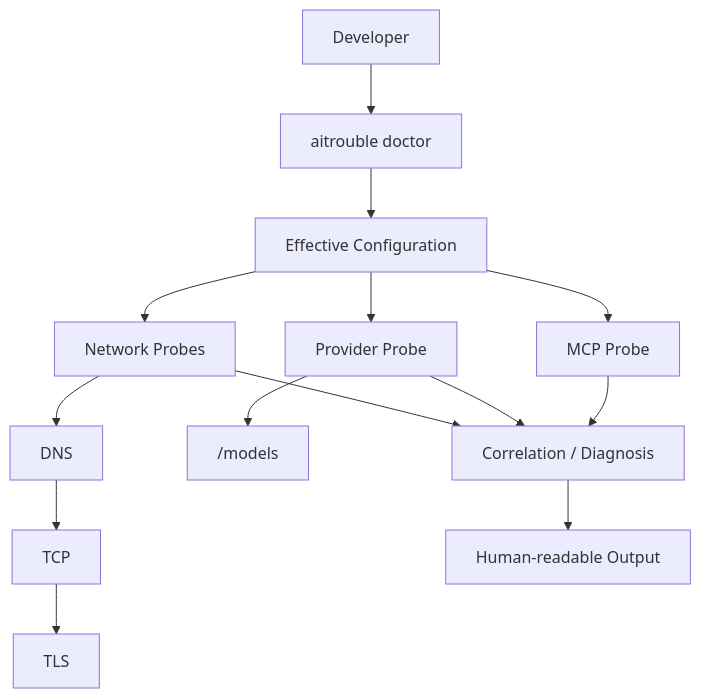
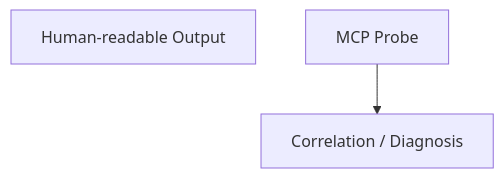
The fourth of 5 diagrams in docs/architecture.md (osmnmlh/aitrouble), drawn with Mermaid before and after one commit. The commit also changed other lines of this file and 9 other files, not shown here.

````diff
--- a/docs/architecture.md
+++ b/docs/architecture.md
@@ -241,40 +255,10 @@
 ```mermaid
 flowchart TD
-
-    U["Developer"]
-    CLI["aitrouble doctor"]
-
-    CFG["Effective Configuration"]
-
-    NET["Network Probes"]
-    DNS["DNS"]
-    TCP["TCP"]
-    TLS["TLS"]
-
-    PROVIDER["Provider Probe"]
-    MODELS["/models"]
 
     ENGINE["Correlation / Diagnosis"]
     OUTPUT["Human-readable Output"]
 
     MCP["MCP Probe"]
 
-    U --> CLI
-    CLI --> CFG
-
-    CFG --> NET
-    NET --> DNS
-    DNS --> TCP
-    TCP --> TLS
-
-    CFG --> PROVIDER
-    PROVIDER --> MODELS
-
-    NET --> ENGINE
-    PROVIDER --> ENGINE
     MCP --> ENGINE
-
-    CFG --> MCP
-
-    ENGINE --> OUTPUT
 ```
````
